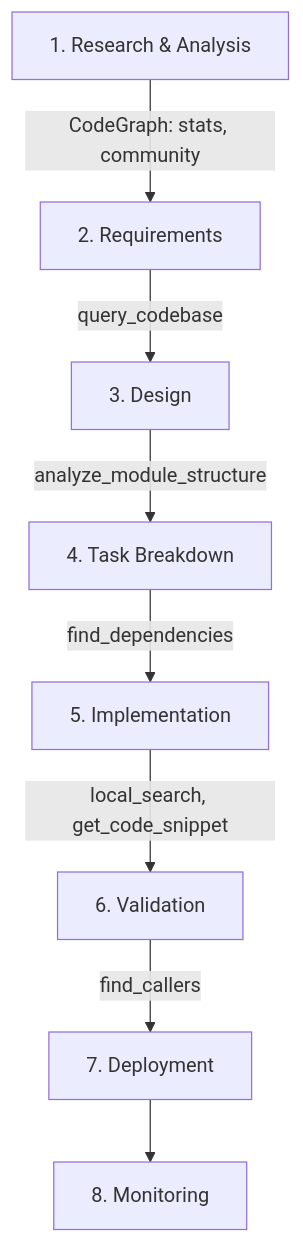
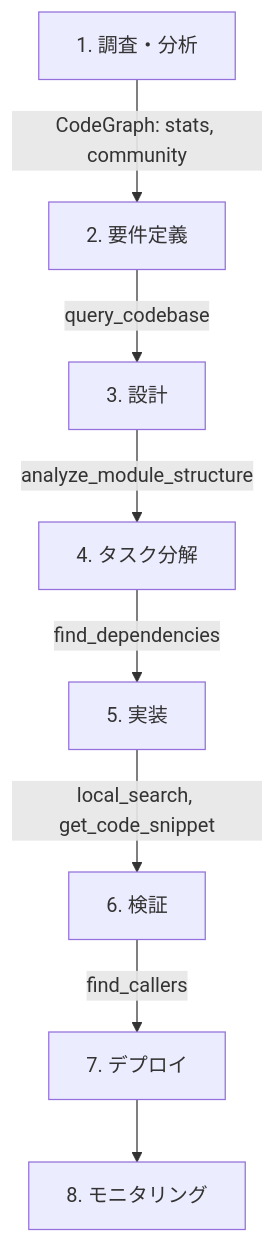
Before and after one commit to Improve-To-Grow/MUSUBI: the diagram in docs/Qiita/MUSUBI-CodeGraph-MCP-Integration.md, drawn with Mermaid. The commit also changed other lines of this file and 16 other files, not shown here.

````diff
--- a/docs/Qiita/MUSUBI-CodeGraph-MCP-Integration.md
+++ b/docs/Qiita/MUSUBI-CodeGraph-MCP-Integration.md
@@ -375,10 +375,10 @@
 ```mermaid
 graph TD
-    A[1. Research & Analysis] -->|CodeGraph: stats, community| B[2. Requirements]
-    B -->|query_codebase| C[3. Design]
-    C -->|analyze_module_structure| D[4. Task Breakdown]
-    D -->|find_dependencies| E[5. Implementation]
-    E -->|local_search, get_code_snippet| F[6. Validation]
-    F -->|find_callers| G[7. Deployment]
-    G --> H[8. Monitoring]
+    A[1. 調査・分析] -->|CodeGraph: stats, community| B[2. 要件定義]
+    B -->|query_codebase| C[3. 設計]
+    C -->|analyze_module_structure| D[4. タスク分解]
+    D -->|find_dependencies| E[5. 実装]
+    E -->|local_search, get_code_snippet| F[6. 検証]
+    F -->|find_callers| G[7. デプロイ]
+    G --> H[8. モニタリング]
 ```
````
